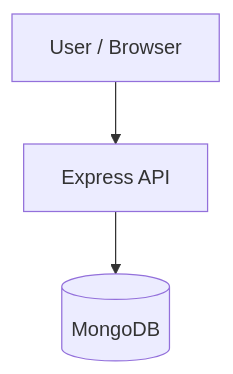
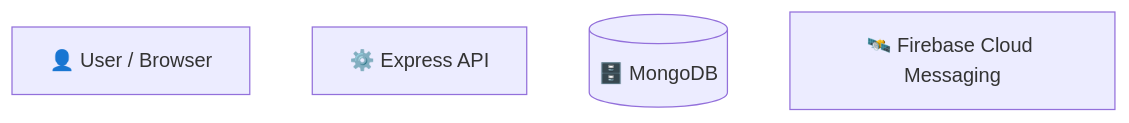
Before and after one commit to holyarsenic/Shuriken: the diagram in README.md, drawn with Mermaid. The commit also changed other lines of this file, not shown here.

````diff
--- a/README.md
+++ b/README.md
@@ -55,8 +53,7 @@
 ```mermaid
 flowchart TD
-    User["User / Browser"]
-    API["Express API"]
-    User --> API
-    DB[("MongoDB")]
-    API --> DB
+    User["👤 User / Browser"]
+    API["⚙️ Express API"]
+    DB[("🗄️ MongoDB")]
+    FCM["🛰️ Firebase Cloud Messaging"] 
 ```
````
